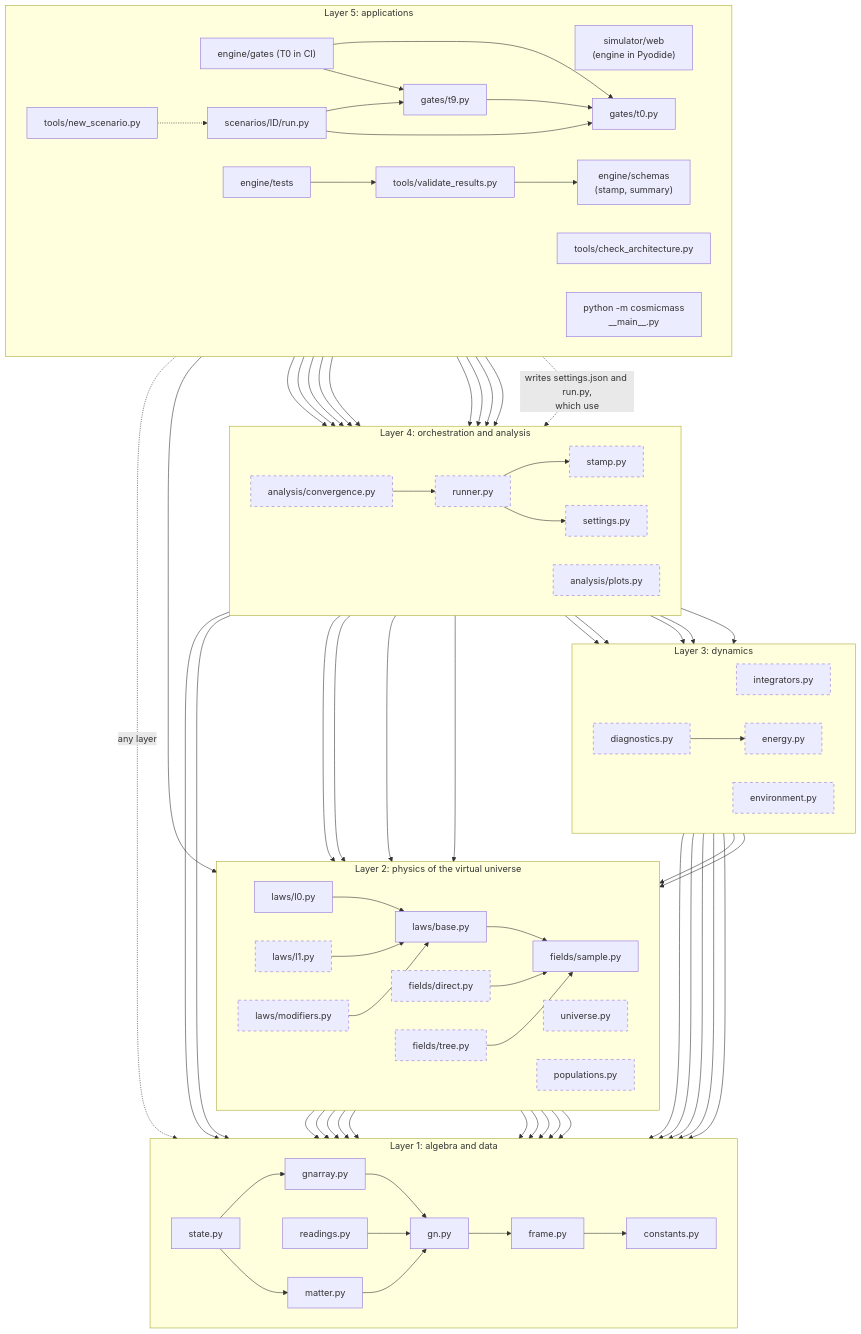
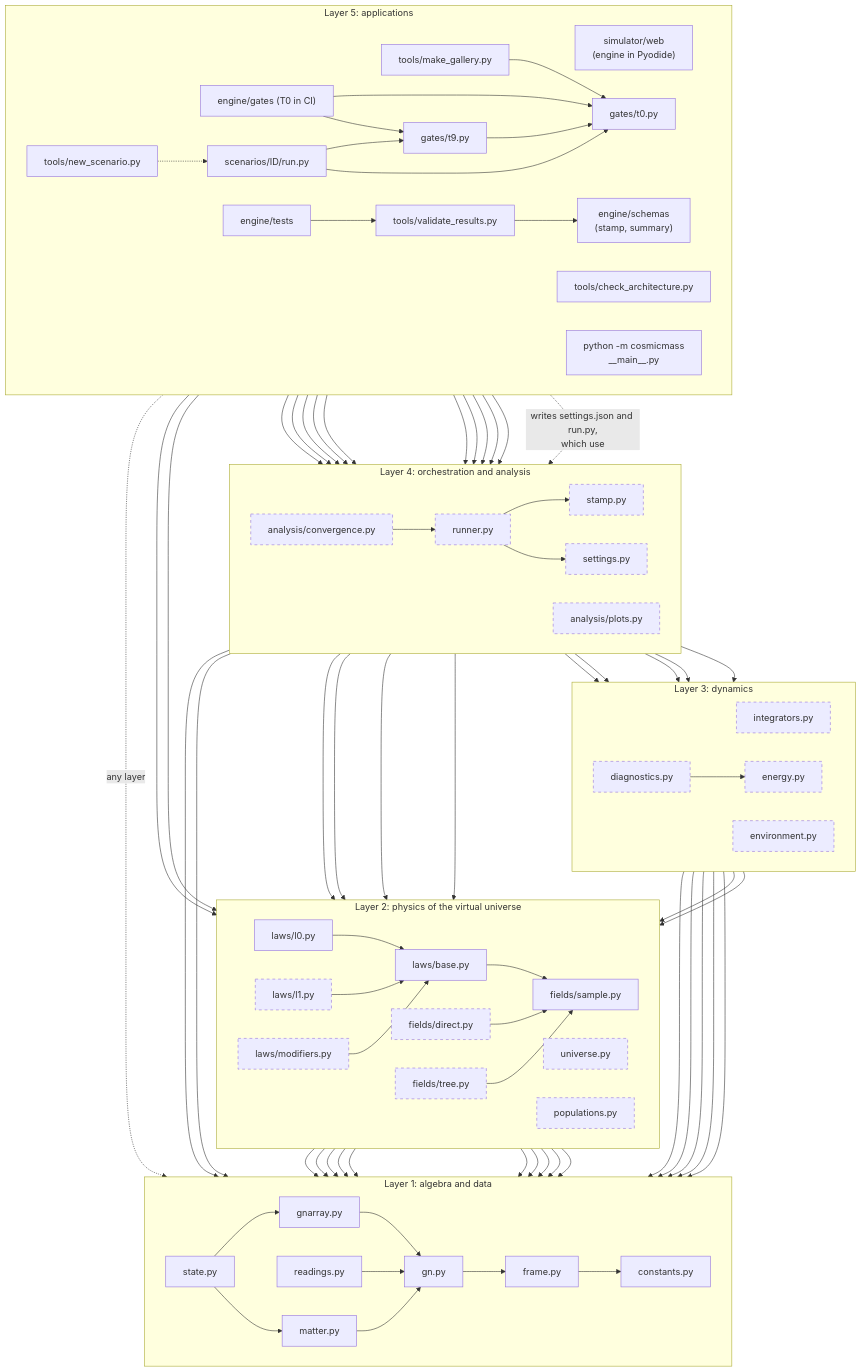
The second of 8 diagrams in ARCHITECTURE.md (isaacmindx-collab/cosmic-mass-lab), drawn with Mermaid before and after one commit. The commit also changed other lines of this file and 18 other files, not shown here.

```diff
--- a/ARCHITECTURE.md
+++ b/ARCHITECTURE.md
@@ -143,6 +144,7 @@
         archcheck["tools/check_architecture.py"]
         validate["tools/validate_results.py"]
         schemas["engine/schemas<br/>(stamp, summary)"]
+        gallery["tools/make_gallery.py"]
         cli["python -m cosmicmass<br/>__main__.py"]
         scen["scenarios/ID/run.py"]
         gate["gates/t0.py"]
@@ -194,6 +196,9 @@
 
     scen --> runner
     cli --> runner
+    gallery --> gate
+    gallery --> runner
+    gallery --> fields
     scen --> settings
     gatetests --> gate
     gatetests --> limits
```
